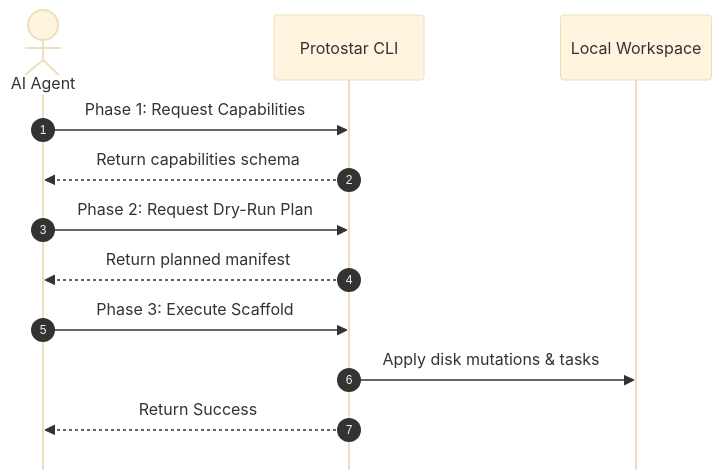
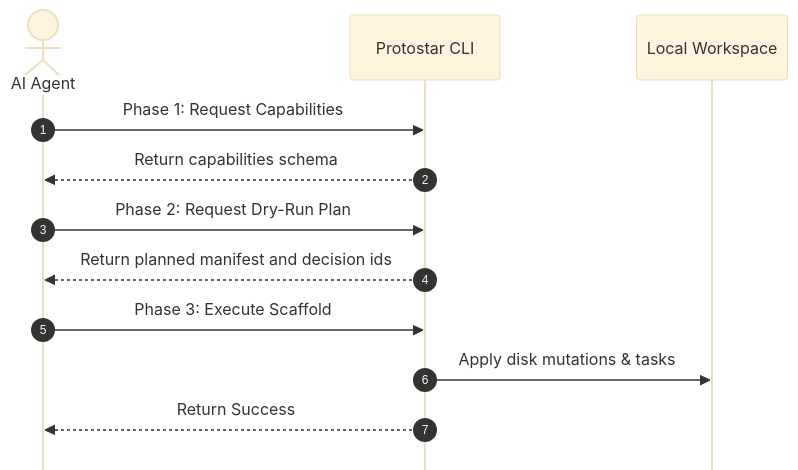
The diagram in docs/usage/agent-interface.md (JacksonFergusonDev/protostar), drawn with Mermaid (base theme) before and after one commit. The commit also changed other lines of this file and 11 other files, not shown here.

````diff
--- a/docs/usage/agent-interface.md
+++ b/docs/usage/agent-interface.md
@@ -70,18 +70,18 @@
 ```mermaid
 %%{init: {'sequence': {'mirrorActors': false, 'diagramMarginY': 30, 'bottomMarginAdj': 50}}}%%
 sequenceDiagram
     autonumber
     actor Agent as AI Agent
     participant CLI as Protostar CLI
     participant Disk as Local Workspace
 
     Agent->>CLI: Phase 1: Request Capabilities
     CLI-->>Agent: Return capabilities schema
 
     Agent->>CLI: Phase 2: Request Dry-Run Plan
-    CLI-->>Agent: Return planned manifest
+    CLI-->>Agent: Return planned manifest and decision ids
 
     Agent->>CLI: Phase 3: Execute Scaffold
     CLI->>Disk: Apply disk mutations & tasks
     CLI-->>Agent: Return Success
 ```
````
